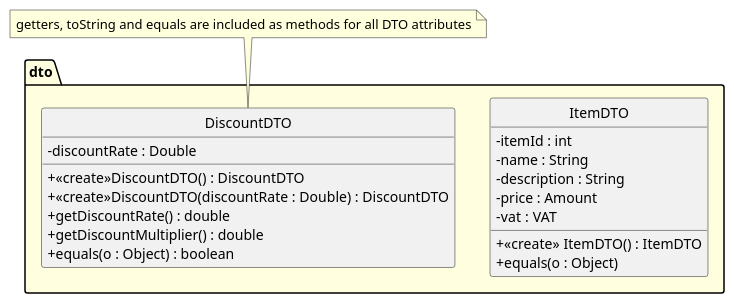
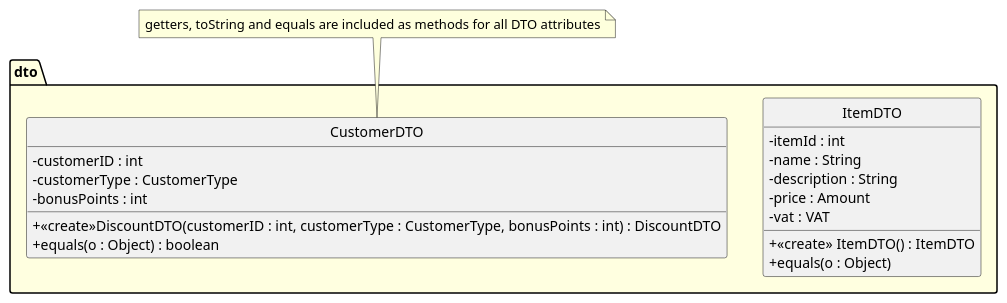
One commit to VincentFerrigan/kth-iv1350-object-oriented-design changed the second of 11 diagrams in uml/uml_v3.puml. Above: the diagram before and after it, drawn with PlantUML. The commit also changed other lines of this file and 37 other files, not shown here.

First line of the commit message:
Semi-Final uml and docs (#10)

```diff
--- a/uml/uml_v3.puml
+++ b/uml/uml_v3.puml
@@ -214,36 +214,33 @@
 @startuml
 'title DTO
 ' //TODO Ska vi ha en customerDTO och customerDb?
 ' //TODO Ska DTO:erna flyttas till CD?
 hide circle
 skinparam ClassAttributeIconSize 0
 skinparam linetype ortho
 skinparam package {
     BackgroundColor LightYellow
 }
     package dto {
         class ItemDTO{
             - itemId : int
             - name : String
             - description : String
             - price : Amount
             - vat : VAT
             +<<create>> ItemDTO() : ItemDTO
             + equals(o : Object)
         }
 
-        class DiscountDTO{
+        class CustomerDTO{
 '            // TODO ska discount finnas med i SaleDTO?
-'            -customerID : int
-'            -discountRules
-            - discountRate : Double
-            +<<create>>DiscountDTO() : DiscountDTO
-            +<<create>>DiscountDTO(discountRate : Double) : DiscountDTO
-            + getDiscountRate() : double
-            + getDiscountMultiplier() : double
+            - customerID : int
+            - customerType : CustomerType
+            - bonusPoints : int
+            +<<create>>DiscountDTO(customerID : int, customerType : CustomerType, bonusPoints : int) : DiscountDTO
             + equals(o : Object) : boolean
 '        note bottom : Attributes TBD based on Discount Rules.
         }
     }
 note top: getters, toString and equals are included as methods for all DTO attributes
 @enduml
```
